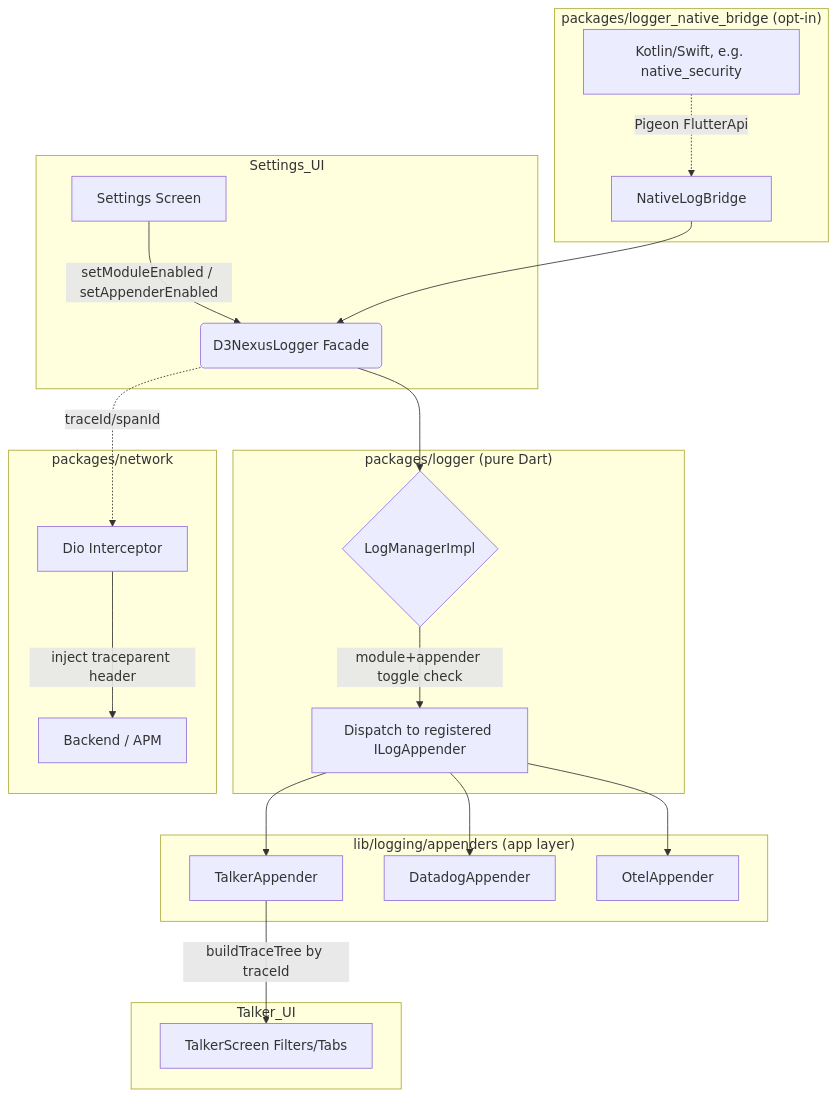
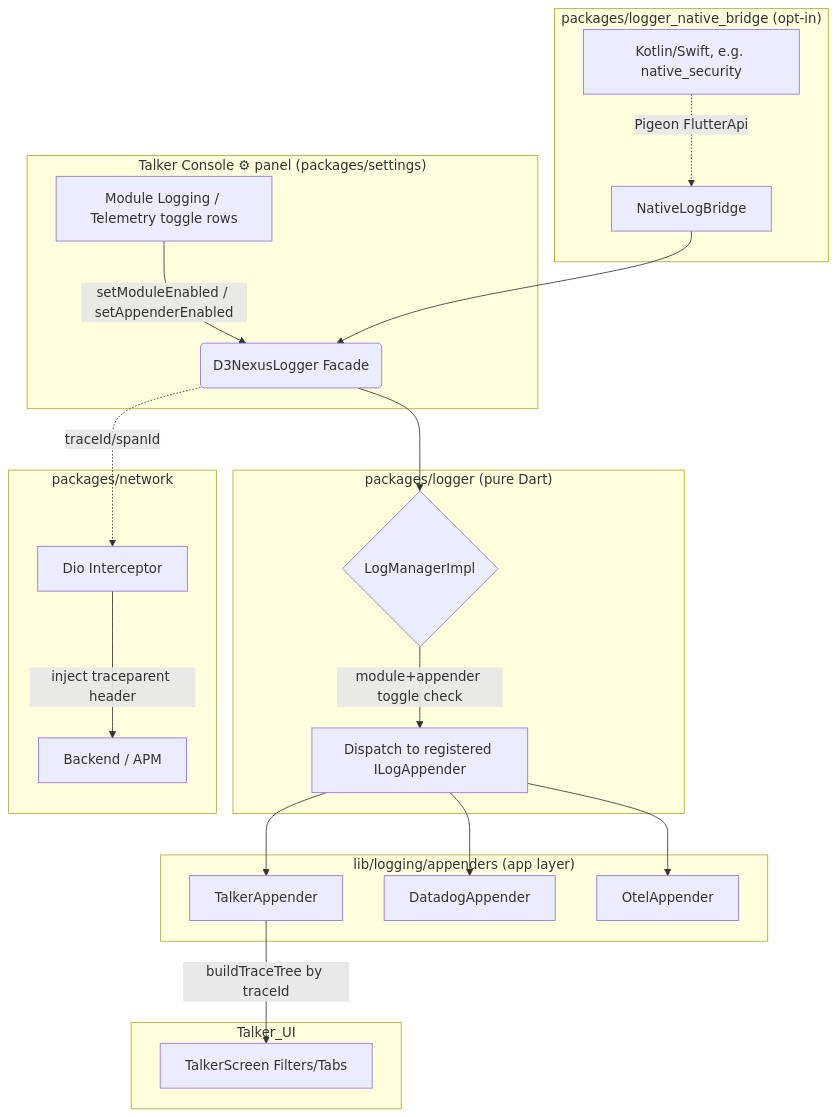
The first of 5 diagrams in .devtool/epic/logging_refactor/logging_refactor.en.md (DanhDue/bloc_digital_wallet), drawn with Mermaid before and after one commit. The commit also changed other lines of this file and 9 other files, not shown here.

First line of the commit message:
[LOGGING-REFACTOR] Document the live-toggle architecture in the epic

````diff
--- a/.devtool/epic/logging_refactor/logging_refactor.en.md
+++ b/.devtool/epic/logging_refactor/logging_refactor.en.md
@@ -62,31 +64,31 @@
 ```mermaid
 graph TD
-    subgraph Settings_UI
-    A[Settings Screen] -->|setModuleEnabled / setAppenderEnabled| B(D3NexusLogger Facade)
+    subgraph Talker_Console_Settings["Talker Console ⚙ panel (packages/settings)"]
+    A[Module Logging / Telemetry toggle rows] -->|setModuleEnabled / setAppenderEnabled| B(D3NexusLogger Facade)
     end
 
     subgraph Core_Package["packages/logger (pure Dart)"]
     B --> C{LogManagerImpl}
     C -->|module+appender toggle check| D[Dispatch to registered ILogAppender]
     end
 
     subgraph App_Layer["lib/logging/appenders (app layer)"]
     D --> E[TalkerAppender]
     D --> F[DatadogAppender]
     D --> G[OtelAppender]
     end
 
     subgraph Talker_UI
     E -->|buildTraceTree by traceId| H[TalkerScreen Filters/Tabs]
     end
 
     subgraph Native_Bridge["packages/logger_native_bridge (opt-in)"]
     I[Kotlin/Swift, e.g. native_security] -.->|Pigeon FlutterApi| J[NativeLogBridge]
     J --> B
     end
 
     subgraph Network["packages/network"]
     K[Dio Interceptor] -->|inject traceparent header| L[Backend / APM]
     B -.->|traceId/spanId| K
     end
 ```
````
